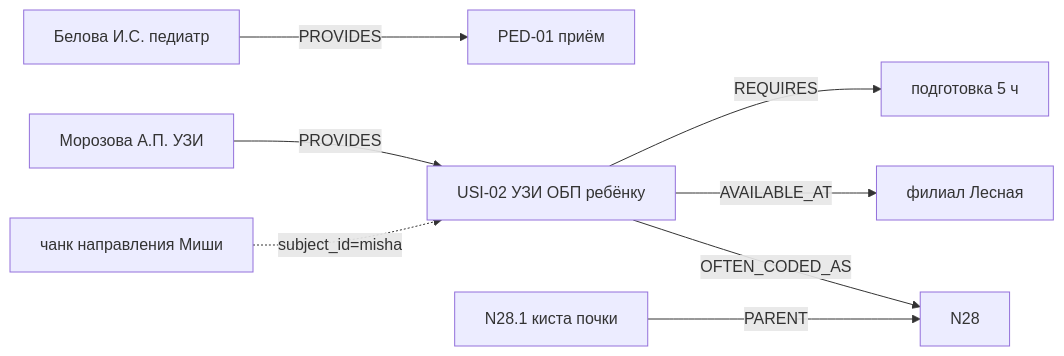
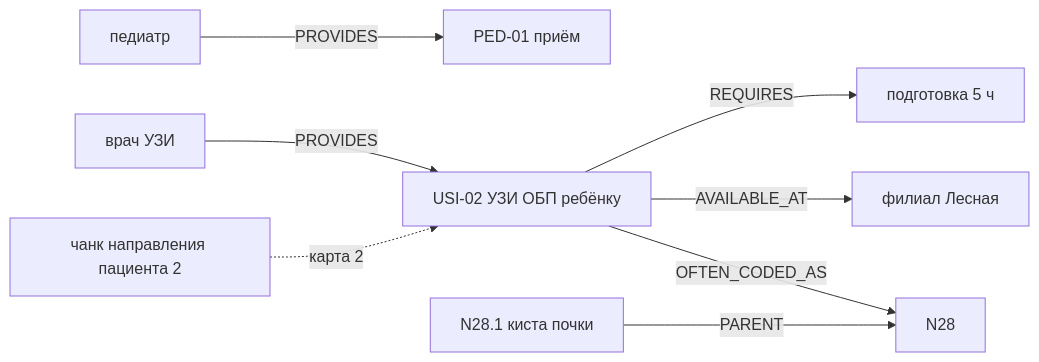
Before and after one commit to divisee/otus-ai-architect: the tenth of 11 diagrams in final-project/README.md, drawn with Mermaid. The commit also changed other lines of this file and 13 other files, not shown here.

````diff
--- a/final-project/README.md
+++ b/final-project/README.md
@@ -899,10 +899,10 @@
 ```mermaid
 flowchart LR
-    Belova[Белова И.С. педиатр] -->|PROVIDES| PED[PED-01 приём]
-    Morozova[Морозова А.П. УЗИ] -->|PROVIDES| USI2[USI-02 УЗИ ОБП ребёнку]
+    Ped[педиатр] -->|PROVIDES| PED[PED-01 приём]
+    Uzi[врач УЗИ] -->|PROVIDES| USI2[USI-02 УЗИ ОБП ребёнку]
     USI2 -->|REQUIRES| Prep[подготовка 5 ч]
     USI2 -->|AVAILABLE_AT| Les[филиал Лесная]
     USI2 -->|OFTEN_CODED_AS| N28[N28]
     N281[N28.1 киста почки] -->|PARENT| N28
-    Chunk[чанк направления Миши] -.->|subject_id=misha| USI2
+    Chunk[чанк направления пациента 2] -.->|карта 2| USI2
 ```
````
